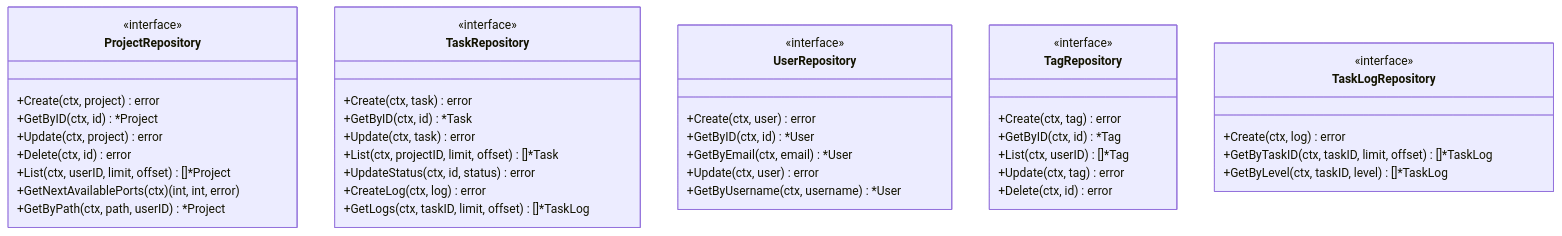
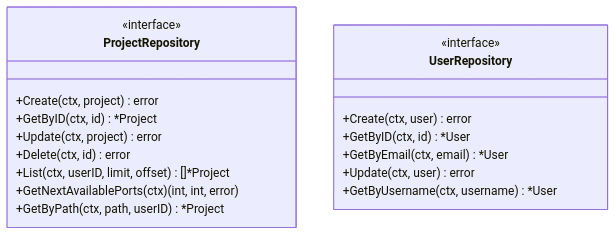
The third of 9 diagrams in backend/architect/ARCHITECTURE.md (lighthought/app-maker), drawn with Mermaid before and after one commit. The commit also changed other lines of this file and 7 other files, not shown here.

````diff
--- a/backend/architect/ARCHITECTURE.md
+++ b/backend/architect/ARCHITECTURE.md
@@ -175,49 +138,24 @@
 ```mermaid
 classDiagram
     class ProjectRepository {
         <<interface>>
         +Create(ctx, project) error
         +GetByID(ctx, id) *Project
         +Update(ctx, project) error
         +Delete(ctx, id) error
         +List(ctx, userID, limit, offset) []*Project
         +GetNextAvailablePorts(ctx) (int, int, error)
         +GetByPath(ctx, path, userID) *Project
     }
 
-    class TaskRepository {
-        <<interface>>
-        +Create(ctx, task) error
-        +GetByID(ctx, id) *Task
-        +Update(ctx, task) error
-        +List(ctx, projectID, limit, offset) []*Task
-        +UpdateStatus(ctx, id, status) error
-        +CreateLog(ctx, log) error
-        +GetLogs(ctx, taskID, limit, offset) []*TaskLog
-    }
 
     class UserRepository {
         <<interface>>
         +Create(ctx, user) error
         +GetByID(ctx, id) *User
         +GetByEmail(ctx, email) *User
         +Update(ctx, user) error
         +GetByUsername(ctx, username) *User
     }
 
-    class TagRepository {
-        <<interface>>
-        +Create(ctx, tag) error
-        +GetByID(ctx, id) *Tag
-        +List(ctx, userID) []*Tag
-        +Update(ctx, tag) error
-        +Delete(ctx, id) error
-    }
-
-    class TaskLogRepository {
-        <<interface>>
-        +Create(ctx, log) error
-        +GetByTaskID(ctx, taskID, limit, offset) []*TaskLog
-        +GetByLevel(ctx, taskID, level) []*TaskLog
-    }
 ```
````
